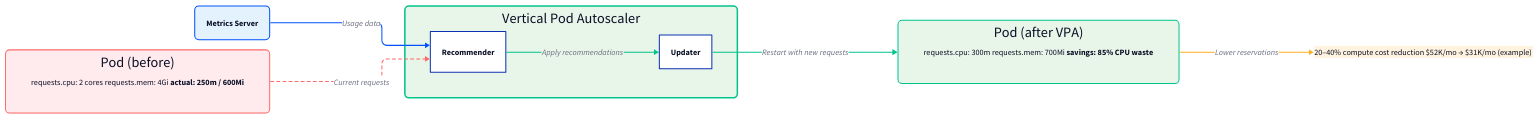
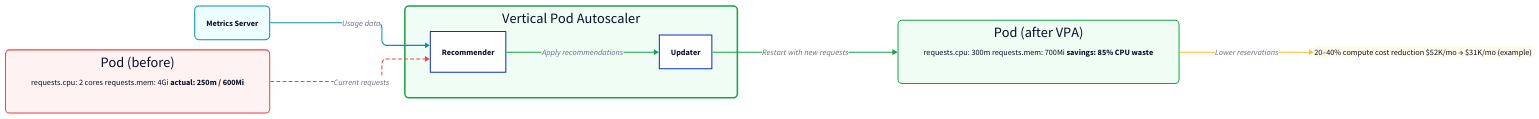
One commit to muskanbandta23/zopebooks changed the diagram in _diagrams/templates/vpa-workflow.d2. Above: the diagram before and after it, drawn with D2. The commit also changed 53 other files, not shown here.

```diff
--- a/_diagrams/templates/vpa-workflow.d2
+++ b/_diagrams/templates/vpa-workflow.d2
@@ -1,109 +1,109 @@
 # VPA Right-Sizing Workflow
 # Purpose: Show how VPA observes actual usage and recommends new resource requests
-# Brand: Zopdev (#0052FF primary, #00C48C success, #FFB020 warning, #FF6B6B danger)
+# Brand: Zopdev (#0891b2 primary, #16a34a success, #fbbf24 warning, #ef4444 danger)
 
 direction: right
 
 vars: {
   d2-config: {
     layout-engine: elk
     pad: 20
   }
 }
 
 metrics: Metrics Server {
   shape: rectangle
-  style.fill: "#e3f2fd"
-  style.stroke: "#0052FF"
+  style.fill: "#ecfeff"
+  style.stroke: "#0891b2"
   style.stroke-width: 2
   style.border-radius: 8
 
   desc: |md
     Collects actual CPU + memory
     usage per container every 30s
   |
 }
 
 vpa: Vertical Pod Autoscaler {
   shape: rectangle
-  style.fill: "#e8f5e9"
-  style.stroke: "#00C48C"
+  style.fill: "#f0fdf4"
+  style.stroke: "#16a34a"
   style.stroke-width: 3
   style.border-radius: 8
 
   recommender: Recommender {
     shape: rectangle
     style.fill: "#ffffff"
     desc: |md
       Analyzes 7-day p95 usage
       Generates new request targets
     |
   }
 
   updater: Updater {
     shape: rectangle
     style.fill: "#ffffff"
     desc: |md
       Evicts pods when drift
       exceeds 20% threshold
     |
   }
 
   recommender -> updater: Apply recommendations {
-    style.stroke: "#00C48C"
+    style.stroke: "#16a34a"
   }
 }
 
 pod_before: Pod (before) {
   shape: rectangle
-  style.fill: "#ffebee"
-  style.stroke: "#FF6B6B"
+  style.fill: "#fef2f2"
+  style.stroke: "#ef4444"
   style.border-radius: 8
 
   req: |md
     requests.cpu: 2 cores
     requests.mem: 4Gi
     **actual: 250m / 600Mi**
   |
 }
 
 pod_after: Pod (after VPA) {
   shape: rectangle
-  style.fill: "#e8f5e9"
-  style.stroke: "#00C48C"
+  style.fill: "#f0fdf4"
+  style.stroke: "#16a34a"
   style.border-radius: 8
 
   req: |md
     requests.cpu: 300m
     requests.mem: 700Mi
     **savings: 85% CPU waste**
   |
 }
 
 savings: Monthly Savings {
   shape: rectangle
-  style.fill: "#fff3e0"
-  style.stroke: "#FFB020"
+  style.fill: "#fffbeb"
+  style.stroke: "#fbbf24"
   style.stroke-width: 2
   style.border-radius: 8
 
   label: |md
     20–40% compute cost reduction
     $52K/mo → $31K/mo (example)
   |
 }
 
 metrics -> vpa.recommender: Usage data {
-  style.stroke: "#0052FF"
+  style.stroke: "#0891b2"
 }
 pod_before -> vpa.recommender: Current requests {
-  style.stroke: "#FF6B6B"
+  style.stroke: "#ef4444"
   style.stroke-dash: 3
 }
 vpa.updater -> pod_after: Restart with new requests {
-  style.stroke: "#00C48C"
+  style.stroke: "#16a34a"
   style.stroke-width: 2
 }
 pod_after -> savings: Lower reservations {
-  style.stroke: "#FFB020"
+  style.stroke: "#fbbf24"
 }
```
